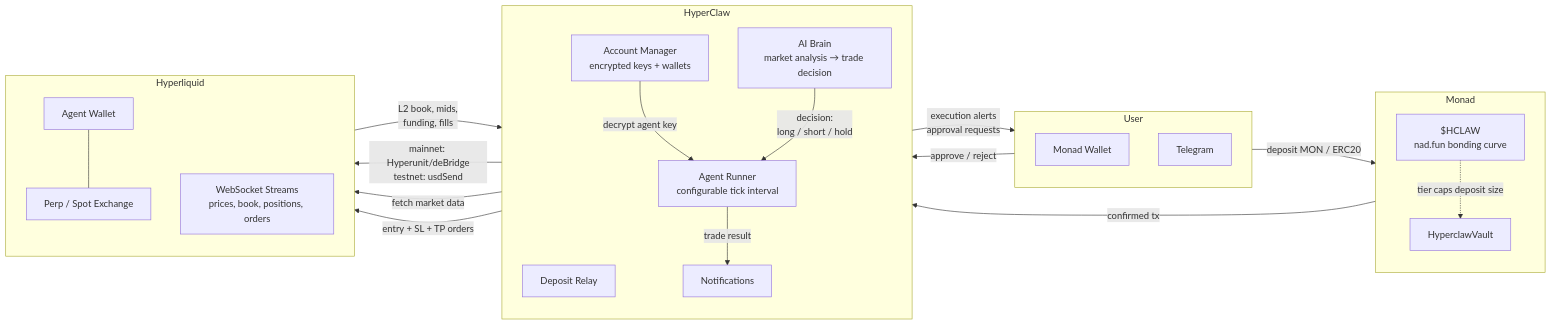
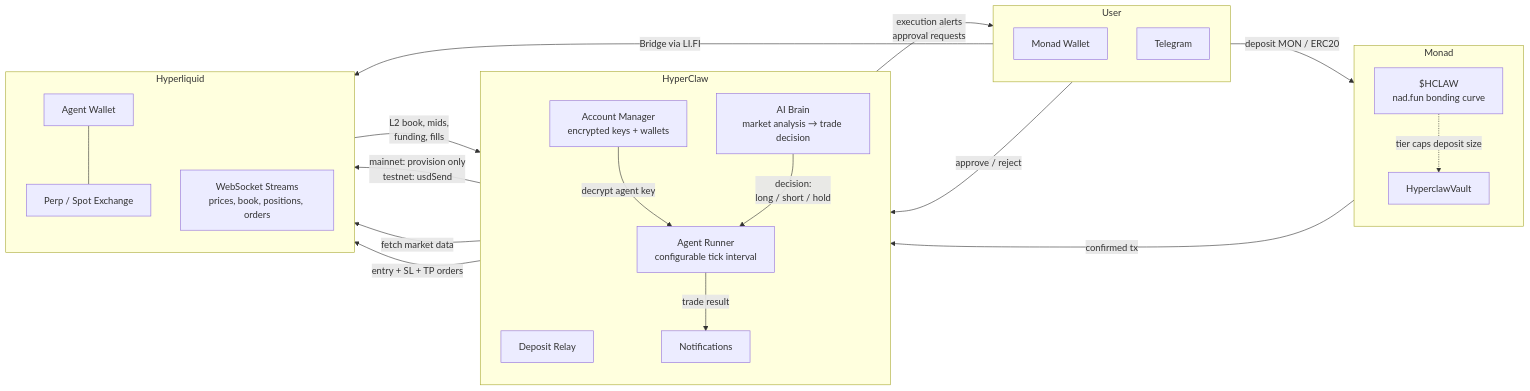
The first of 2 diagrams in README.md (Halo-Labs-xyz/hyperClaw), drawn with Mermaid before and after one commit. The commit also changed other lines of this file and 13 other files, not shown here.

First line of the commit message:
Add LI.FI bridge integration for mainnet deposits

````diff
--- a/README.md
+++ b/README.md
@@ -31,44 +31,45 @@
 ```mermaid
 flowchart LR
     subgraph User["User"]
         direction TB
         Wallet_U["Monad Wallet"]
         TG_User["Telegram"]
     end
 
     subgraph Monad["Monad"]
         direction TB
         Vault["HyperclawVault"]
         Hclaw["$HCLAW<br/>nad.fun bonding curve"]
     end
 
     subgraph Server["HyperClaw"]
         direction TB
         Relay["Deposit Relay"]
         Store["Account Manager<br/>encrypted keys + wallets"]
         Runner["Agent Runner<br/>configurable tick interval"]
         AI["AI Brain<br/>market analysis → trade decision"]
         Notif["Notifications"]
     end
 
     subgraph HL["Hyperliquid"]
         direction TB
         HLWallet["Agent Wallet"]
         Exchange["Perp / Spot Exchange"]
         Stream["WebSocket Streams<br/>prices, book, positions, orders"]
     end
 
     Wallet_U -->|deposit MON / ERC20| Vault
     Hclaw -.->|tier caps deposit size| Vault
     Vault -->|confirmed tx| Relay
-    Relay -->|mainnet: Hyperunit/deBridge<br/>testnet: usdSend| HLWallet
+    Relay -->|mainnet: provision only<br/>testnet: usdSend| HLWallet
+    User -->|Bridge via LI.FI| HLWallet
     Store -->|decrypt agent key| Runner
     Runner -->|fetch market data| Stream
     Stream -->|L2 book, mids,<br/>funding, fills| AI
     AI -->|decision:<br/>long / short / hold| Runner
     Runner -->|entry + SL + TP orders| Exchange
     HLWallet --- Exchange
     Runner -->|trade result| Notif
     Notif -->|execution alerts<br/>approval requests| TG_User
     TG_User -->|approve / reject| Notif
 ```
````
